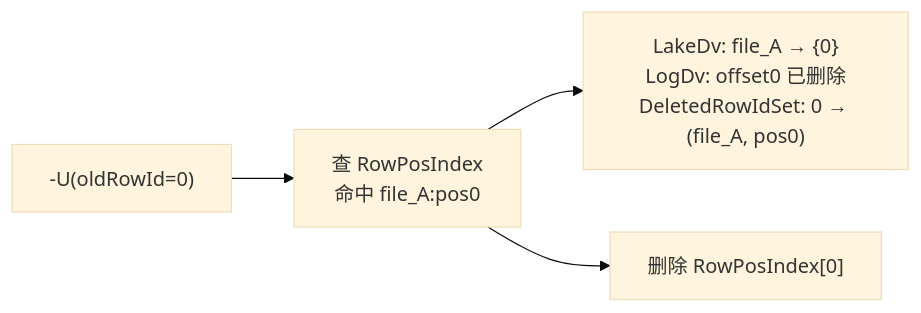
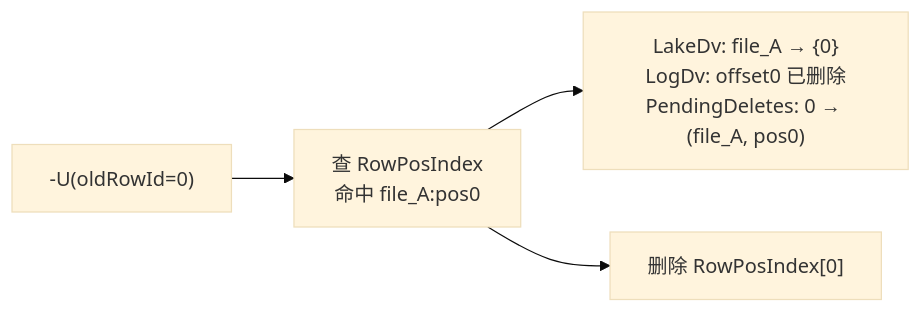
Before and after one commit to luoyuxia/fluss: diagram 26 of 28 in design-doc/fluss-deletion-vector-overview-v2.md, drawn with Mermaid (base theme). The commit also changed other lines of this file and 1 other file, not shown here.

````diff
--- a/design-doc/fluss-deletion-vector-overview-v2.md
+++ b/design-doc/fluss-deletion-vector-overview-v2.md
@@ -709,6 +707,6 @@
 ```mermaid
 flowchart LR
     Delete["-U(oldRowId=0)"] --> Query["查 RowPosIndex<br/>命中 file_A:pos0"]
-    Query --> Mark["LakeDv: file_A → {0}<br/>LogDv: offset0 已删除<br/>DeletedRowIdSet: 0 → (file_A, pos0)"]
+    Query --> Mark["LakeDv: file_A → {0}<br/>LogDv: offset0 已删除<br/>PendingDeletes: 0 → (file_A, pos0)"]
     Query --> Remove["删除 RowPosIndex[0]"]
 ```
````
